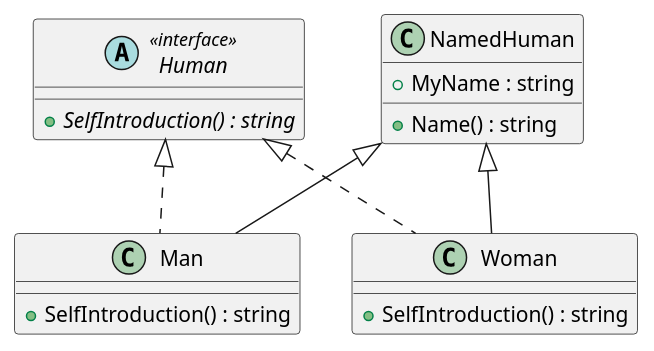
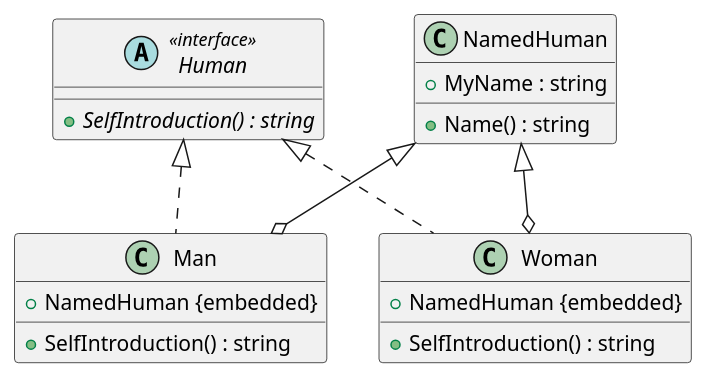
One commit to spiegel-im-spiegel/github-pages-env changed the diagram in content/golang/factory-method-pattern/human.puml. Above: the diagram before and after it, drawn with PlantUML. The commit also changed 6 other files, not shown here.

Commit message:
Update diagram (fmp)

```diff
--- a/content/golang/factory-method-pattern/human.puml
+++ b/content/golang/factory-method-pattern/human.puml
@@ -1,26 +1,28 @@
 @startuml
 /'
  ' Factory Method Pattern
  '/
  skinparam minClassWidth 130
 
 abstract class Human <<interface>> {
   {abstract} + SelfIntroduction() : string
 }
 class NamedHuman {
   + MyName : string
   + Name() : string
 }
 class Man {
+  + NamedHuman {embedded}
   + SelfIntroduction() : string
 }
 class Woman {
+  + NamedHuman {embedded}
   + SelfIntroduction() : string
 }
 
 Human <|.. Man
-NamedHuman <|-- Man
+NamedHuman <|--o Man
 Human <|.. Woman
-NamedHuman <|-- Woman
+NamedHuman <|--o Woman
 
 @enduml
```
